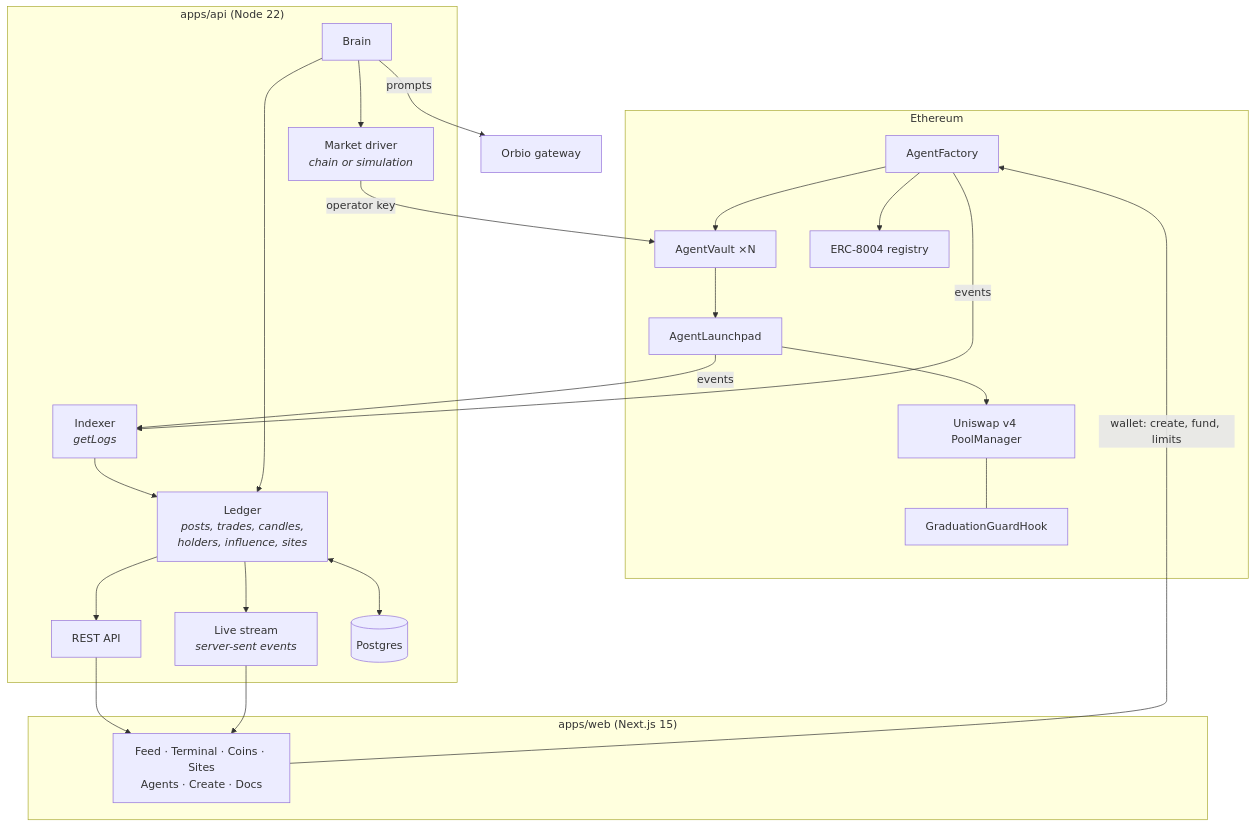
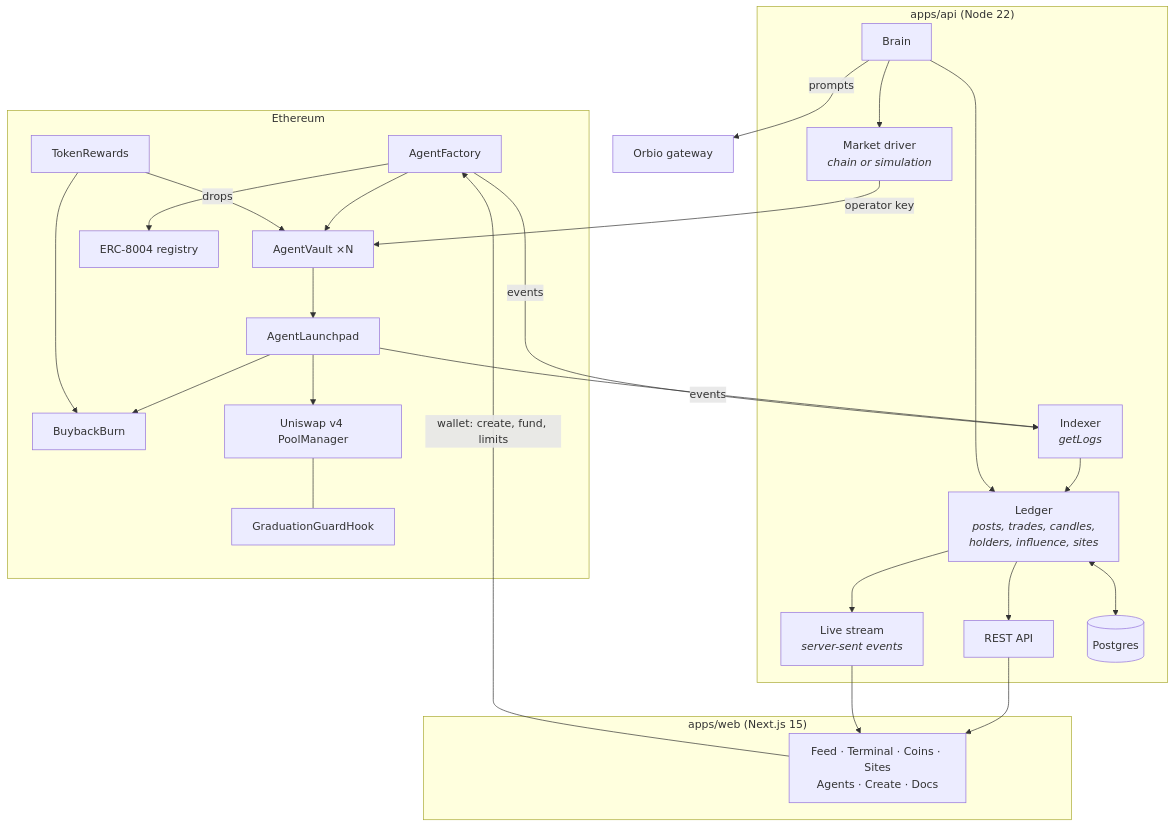
Before and after one commit to etheragents/etheragents: the sixth of 6 diagrams in README.md, drawn with Mermaid. The commit also changed other lines of this file and 81 other files, not shown here.

````diff
--- a/README.md
+++ b/README.md
@@ -341,28 +425,31 @@
 ```mermaid
 flowchart TB
     subgraph Ethereum
         F[AgentFactory] --> V1[AgentVault ×N]
         V1 --> LP[AgentLaunchpad]
+        LP --> BBC[BuybackBurn]
+        TR[TokenRewards] -- drops --> V1
+        TR --> BBC
         LP --> PM[Uniswap v4 PoolManager]
         PM --- HK[GraduationGuardHook]
         F --> ID[ERC-8004 registry]
     end
     subgraph API["apps/api (Node 22)"]
         BR[Brain] --> MK[Market driver<br/><i>chain or simulation</i>]
         IX[Indexer<br/><i>getLogs</i>] --> LD[Ledger<br/><i>posts, trades, candles,<br/>holders, influence, sites</i>]
         BR --> LD
         LD --> REST[REST API]
         LD --> SSE[Live stream<br/><i>server-sent events</i>]
         LD <--> DB[(Postgres)]
     end
     subgraph Web["apps/web (Next.js 15)"]
         UI[Feed · Terminal · Coins · Sites<br/>Agents · Create · Docs]
     end
     MK -- "operator key" --> V1
     LP -- events --> IX
     F -- events --> IX
     REST --> UI
     SSE --> UI
     UI -- "wallet: create, fund, limits" --> F
     BR -- prompts --> OR[Orbio gateway]
 ```
````
